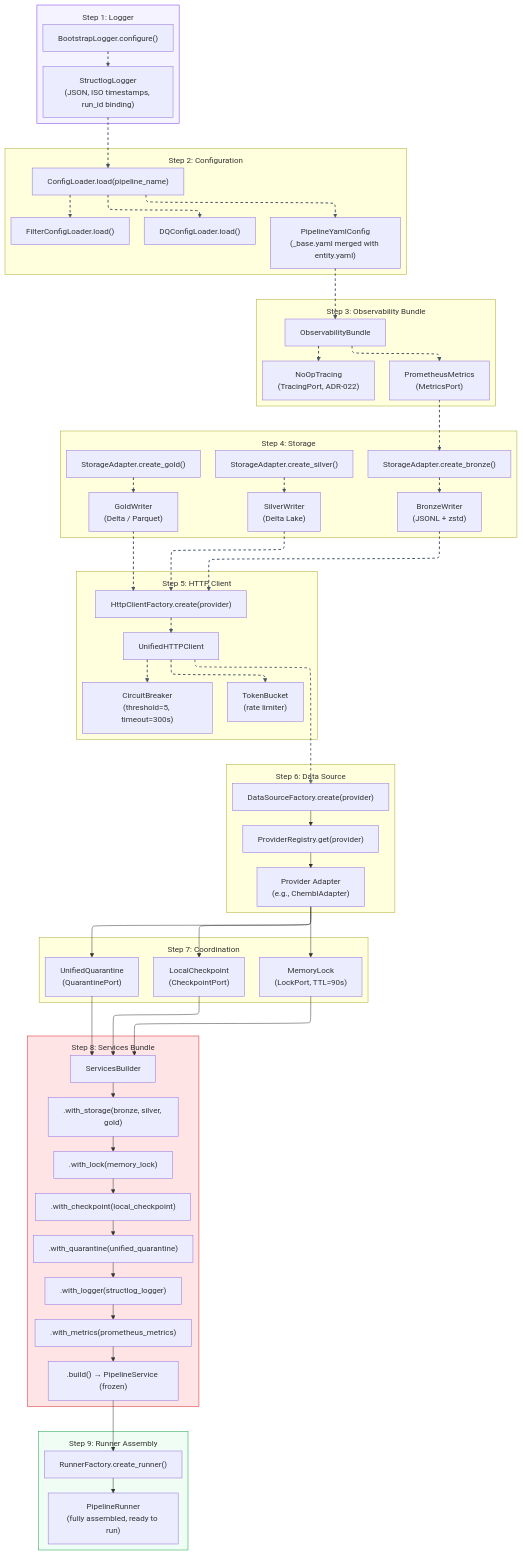
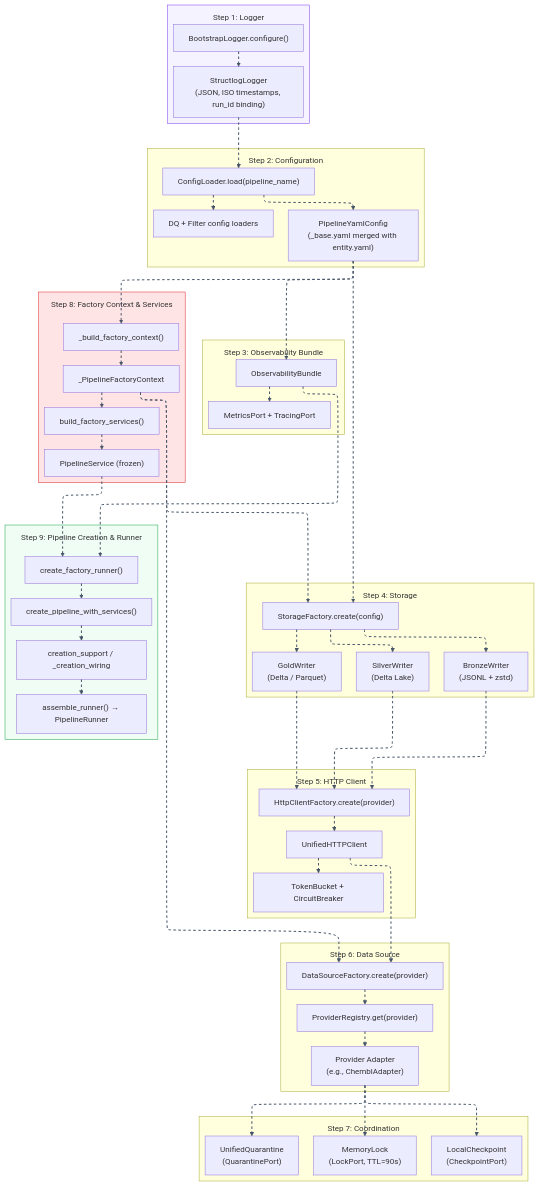
The diagram in docs/02-architecture/diagrams/views/35-bootstrap-sequence-full.mermaid (SatoryKono/BioactivityDataAcquisition), drawn with Mermaid before and after one commit. The commit also changed 6 other files, not shown here.

First line of the commit message:
Refactor composition & bootstrap diagrams

```diff
--- a/docs/02-architecture/diagrams/views/35-bootstrap-sequence-full.mermaid
+++ b/docs/02-architecture/diagrams/views/35-bootstrap-sequence-full.mermaid
@@ -1,122 +1,115 @@
 %% View: Full | Parent: (root)
 %% Parent source: docs/02-architecture/diagrams/foundation/35-bootstrap-sequence.mmd
 %% Full reference diagram retained after decomposition.
+%% Synced: 2026-03-24
 %% Title: Composition Layer Bootstrap Sequence
 %% Covers: RULES.md §1.1 (Composition Root), composition/bootstrap/runtime/
 %% Rank: 10 (Score 8.44) — Step-by-step system assembly
-%% Updated: 2026-02-17
+%% Updated: 2026-03-24
 
-%% @version 1.0.0
-%% @date    2026-02-24
+%% @version 1.1.0
+%% @date    2026-03-24
 %% @type    flowchart
 %% @level   Mixed (System / Component / Class)
 
 %%{init: {
   'flowchart': {
     'subGraphTitleMargin': { 'top': 12, 'bottom': 12 }
   },
   'layout': 'elk',
   'elk': {
     'mergeEdges': true,
     'nodePlacementStrategy': 'BRANDES_KOEPF',
     'edgeRouting': 'ORTHOGONAL'
   }
 }}%%
 %% @uniform width=328 height=56 max_title_len=36 max_desc_lines=1
 flowchart TB
     subgraph Step1["Step 1: Logger"]
         S1A["BootstrapLogger.configure()<br/>"]
         S1B["StructlogLogger<br/>(JSON, ISO timestamps, run_id binding)"]
     end
 
     subgraph Step2["Step 2: Configuration"]
         S2A["ConfigLoader.load(pipeline_name)<br/>"]
         S2B["PipelineYamlConfig<br/>(_base.yaml merged with entity.yaml)"]
-        S2C["DQConfigLoader.load()<br/>"]
-        S2D["FilterConfigLoader.load()<br/>"]
+        S2C["DQ + Filter config loaders<br/>"]
     end
 
     subgraph Step3["Step 3: Observability Bundle"]
         S3A["ObservabilityBundle<br/>"]
-        S3B["PrometheusMetrics<br/>(MetricsPort)"]
-        S3C["NoOpTracing<br/>(TracingPort, ADR-022)"]
+        S3B["MetricsPort + TracingPort<br/>"]
     end
 
     subgraph Step4["Step 4: Storage"]
-        S4A["StorageAdapter.create_bronze()<br/>"]
-        S4B["StorageAdapter.create_silver()<br/>"]
-        S4C["StorageAdapter.create_gold()<br/>"]
-        S4D["BronzeWriter<br/>(JSONL + zstd)"]
-        S4E["SilverWriter<br/>(Delta Lake)"]
-        S4F["GoldWriter<br/>(Delta / Parquet)"]
+        S4A["StorageFactory.create(config)<br/>"]
+        S4B["BronzeWriter<br/>(JSONL + zstd)"]
+        S4C["SilverWriter<br/>(Delta Lake)"]
+        S4D["GoldWriter<br/>(Delta / Parquet)"]
     end
 
     subgraph Step5["Step 5: HTTP Client"]
         S5A["HttpClientFactory.create(provider)<br/>"]
         S5B["UnifiedHTTPClient<br/>"]
-        S5C["TokenBucket<br/>(rate limiter)"]
-        S5D["CircuitBreaker<br/>(threshold=5, timeout=300s)"]
+        S5C["TokenBucket + CircuitBreaker<br/>"]
     end
 
     subgraph Step6["Step 6: Data Source"]
         S6A["DataSourceFactory.create(provider)<br/>"]
         S6B["ProviderRegistry.get(provider)<br/>"]
         S6C["Provider Adapter<br/>(e.g., ChemblAdapter)"]
     end
 
     subgraph Step7["Step 7: Coordination"]
         S7A["MemoryLock<br/>(LockPort, TTL=90s)"]
         S7B["LocalCheckpoint<br/>(CheckpointPort)"]
         S7C["UnifiedQuarantine<br/>(QuarantinePort)"]
     end
 
-    subgraph Step8["Step 8: Services Bundle"]
-        S8A["ServicesBuilder<br/>"]
-        S8B[".with_storage(bronze, silver, gold)<br/>"]
-        S8C[".with_lock(memory_lock)<br/>"]
-        S8D[".with_checkpoint(local_checkpoint)<br/>"]
-        S8E[".with_quarantine(unified_quarantine)<br/>"]
-        S8F[".with_logger(structlog_logger)<br/>"]
-        S8G[".with_metrics(prometheus_metrics)<br/>"]
-        S8H[".build() → PipelineService (frozen)<br/>"]
+    subgraph Step8["Step 8: Factory Context & Services"]
+        S8A["_build_factory_context()<br/>"]
+        S8B["_PipelineFactoryContext<br/>"]
+        S8C["build_factory_services()<br/>"]
+        S8D["PipelineService (frozen)<br/>"]
     end
 
-    subgraph Step9["Step 9: Runner Assembly"]
-        S9A["RunnerFactory.create_runner()<br/>"]
-        S9B["PipelineRunner<br/>(fully assembled, ready to run)"]
+    subgraph Step9["Step 9: Pipeline Creation & Runner"]
+        S9A["create_factory_runner()<br/>"]
+        S9B["create_pipeline_with_services()<br/>"]
+        S9C["creation_support / _creation_wiring<br/>"]
+        S9D["assemble_runner() → PipelineRunner<br/>"]
     end
 
     %% Flow
     S1A --> S1B
     S1B --> S2A
-    S2A --> S2B
-    S2A --> S2C & S2D
+    S2A --> S2B & S2C
     S2B --> S3A
-    S3A --> S3B & S3C
-    S3B --> S4A
-    S4A --> S4D
-    S4B --> S4E
-    S4C --> S4F
-    S4D & S4E & S4F --> S5A
+    S3A --> S3B
+    S2B --> S4A
+    S4A --> S4B & S4C & S4D
+    S4B & S4C & S4D --> S5A
     S5A --> S5B
-    S5B --> S5C & S5D
+    S5B --> S5C
     S5B --> S6A
     S6A --> S6B --> S6C
     S6C --> S7A & S7B & S7C
-    S7A & S7B & S7C --> S8A
-    S8A --> S8B --> S8C --> S8D --> S8E --> S8F --> S8G --> S8H
-    S8H --> S9A --> S9B
+    S2B --> S8A
+    S8A --> S8B --> S8C --> S8D
+    S8B -.-> S6A
+    S8B -.-> S4A
+    S3A -.-> S9A
+    S8D --> S9A --> S9B --> S9C --> S9D
 
     %% Styling
     style Step1 fill:#f5f3ff,stroke:#7c3aed
     style Step8 fill:#ffe4e6,stroke:#dc2626
     style Step9 fill:#f0fdf4,stroke:#16a34a
 
     classDef port fill:#f5f3ff,stroke:#7c3aed,stroke-width:1px,color:#111827;
     classDef adapter fill:#fff1f2,stroke:#dc2626,stroke-width:1px,color:#111827;
     classDef service fill:#eff6ff,stroke:#2563eb,stroke-width:1px,color:#111827;
     classDef process fill:#f0fdf4,stroke:#16a34a,stroke-width:1px,color:#111827;
     classDef storage fill:#fff7ed,stroke:#f59e0b,stroke-width:1px,color:#111827;
 
-    linkStyle 0,1,2,3,4,5,6,7,8,9,10,11,12,13,14,15,16,17 stroke:#475569,stroke-width:2px,stroke-dasharray:5
-    linkStyle 18 stroke:#475569,stroke-width:2px,stroke-dasharray:5,opacity:0.85
+    linkStyle default stroke:#475569,stroke-width:2px,stroke-dasharray:5
```
